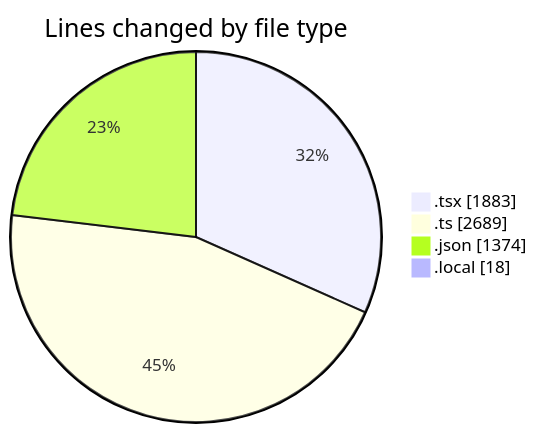
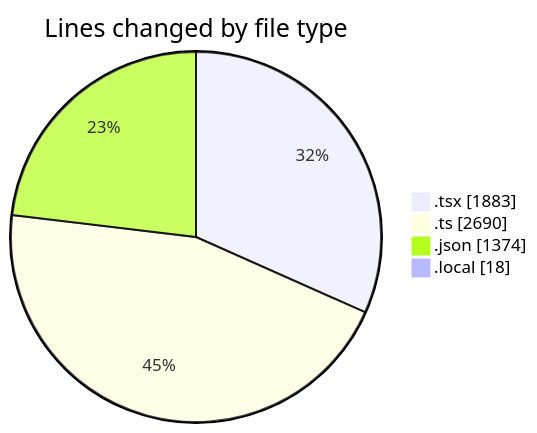
The first of 2 diagrams in 2025-10-16/eventscop-frontend-guide__workspace_/README.md (julien-gomy/code-tracking), drawn with Mermaid before and after one commit. The commit also changed other lines of this file and 1 other file, not shown here.

````diff
--- a/2025-10-16/eventscop-frontend-guide__workspace_/README.md
+++ b/2025-10-16/eventscop-frontend-guide__workspace_/README.md
@@ -55,8 +55,8 @@
 ```mermaid
 pie showData
 title Lines changed by file type
 ".tsx" : 1883
-".ts" : 2689
+".ts" : 2690
 ".json" : 1374
 ".local" : 18
 ```
````
